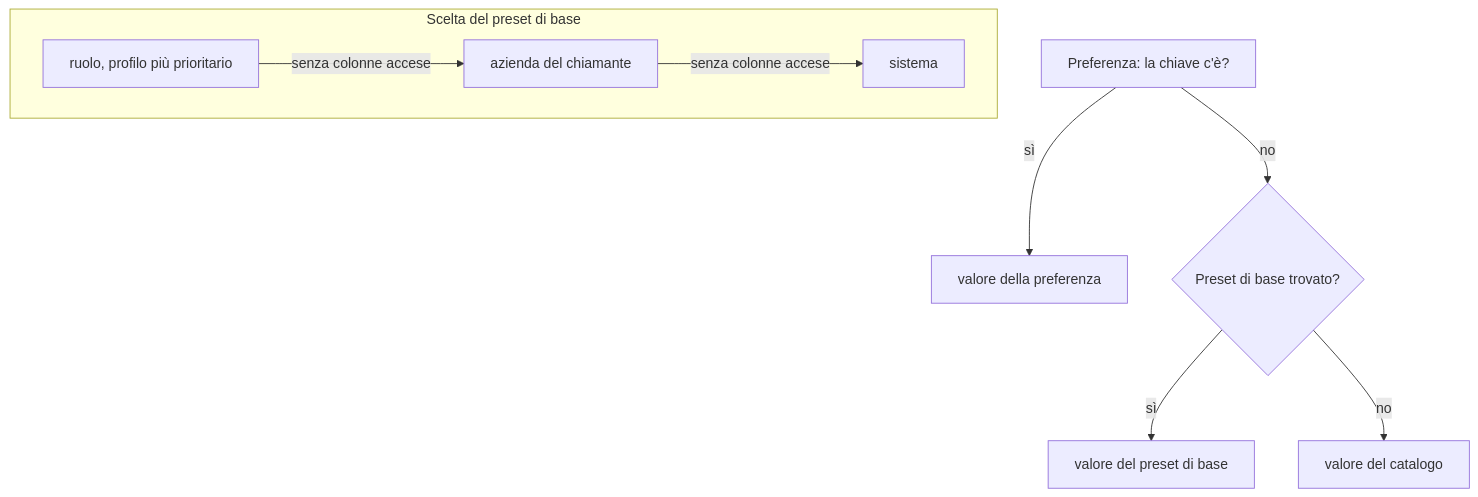
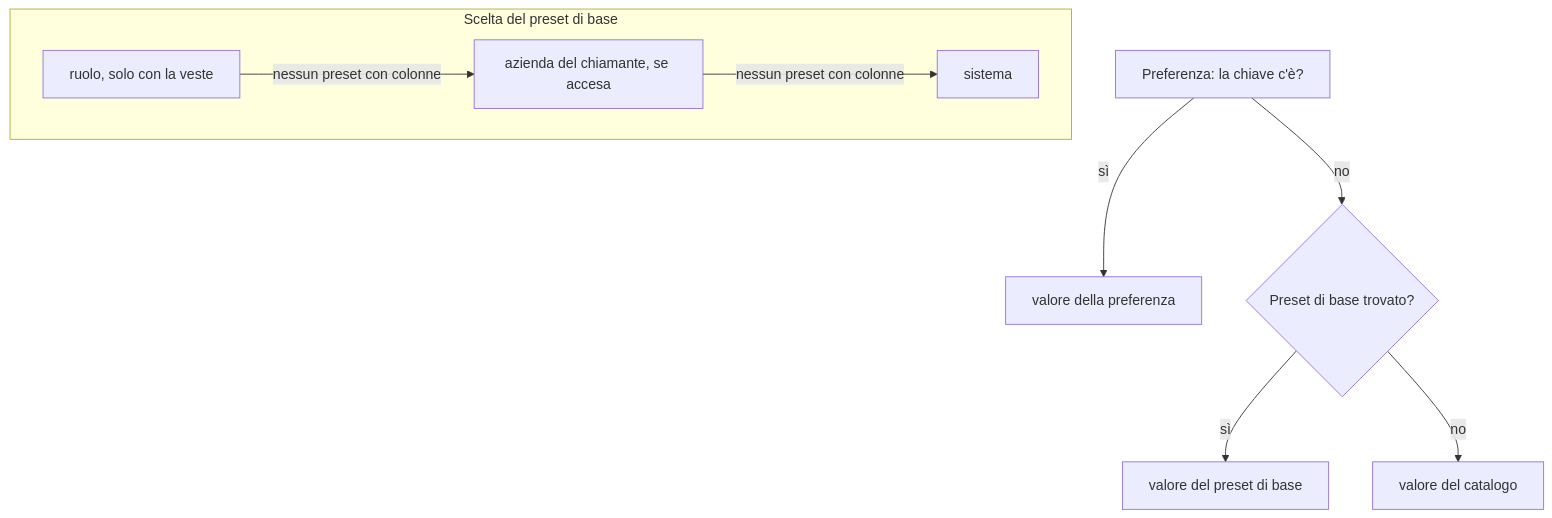
One commit to Tito-it/ZeroErp changed the diagram in docs/it/dbzero/ui/manual/fn_resolve_lista_config.md. Above: the diagram before and after it, drawn with Mermaid. The commit also changed other lines of this file and 53 other files, not shown here.

````diff
--- a/docs/it/dbzero/ui/manual/fn_resolve_lista_config.md
+++ b/docs/it/dbzero/ui/manual/fn_resolve_lista_config.md
@@ -79,11 +78,11 @@
 ```mermaid
 flowchart TD
     P[Preferenza: la chiave c'è?] -->|sì| PR[valore della preferenza]
     P -->|no| B{Preset di base trovato?}
     B -->|sì| BV[valore del preset di base]
     B -->|no| C[valore del catalogo]
     subgraph Scelta del preset di base
-      R[ruolo, profilo più prioritario] -->|senza colonne accese| E[azienda del chiamante]
-      E -->|senza colonne accese| S[sistema]
+      R[ruolo, solo con la veste] -->|nessun preset con colonne| E[azienda del chiamante, se accesa]
+      E -->|nessun preset con colonne| S[sistema]
     end
 ```
````
